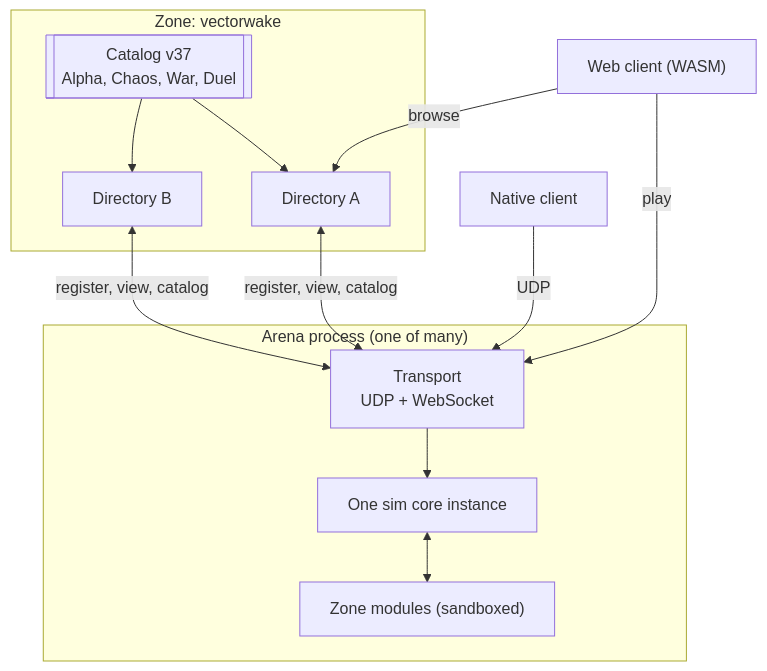
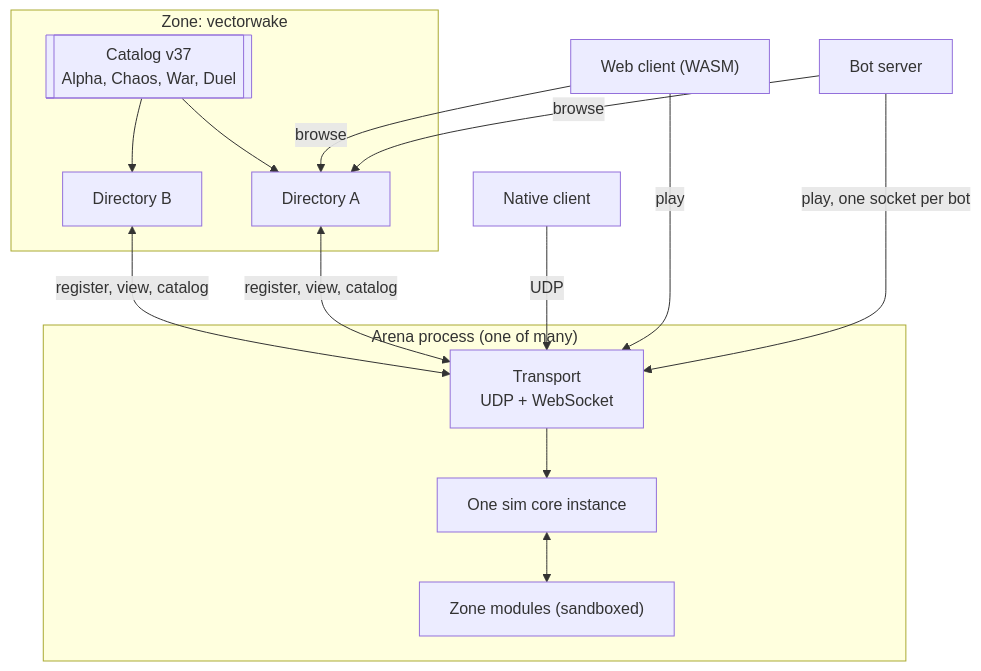
One commit to criccomini/vectorwake changed the second of 2 diagrams in docs/architecture/system-overview.md. Above: the diagram before and after it, drawn with Mermaid. The commit also changed other lines of this file and 11 other files, not shown here.

````diff
--- a/docs/architecture/system-overview.md
+++ b/docs/architecture/system-overview.md
@@ -83,21 +81,23 @@
 ```mermaid
 flowchart TB
     subgraph Zone["Zone: vectorwake"]
         CAT[["Catalog v37<br/>Alpha, Chaos, War, Duel"]]
         D1["Directory A"]
         D2["Directory B"]
         CAT --> D1 & D2
     end
     subgraph Arena["Arena process (one of many)"]
         NET["Transport<br/>UDP + WebSocket"]
         SIM["One sim core instance"]
         MOD["Zone modules (sandboxed)"]
         NET --> SIM
         SIM <--> MOD
     end
     D1 <-- "register, view, catalog" --> NET
     D2 <-- "register, view, catalog" --> NET
     W["Web client (WASM)"] -- browse --> D1
     W -- play --> NET
     N["Native client"] -- UDP --> NET
+    B["Bot server"] -- browse --> D1
+    B -- "play, one socket per bot" --> NET
 ```
````
